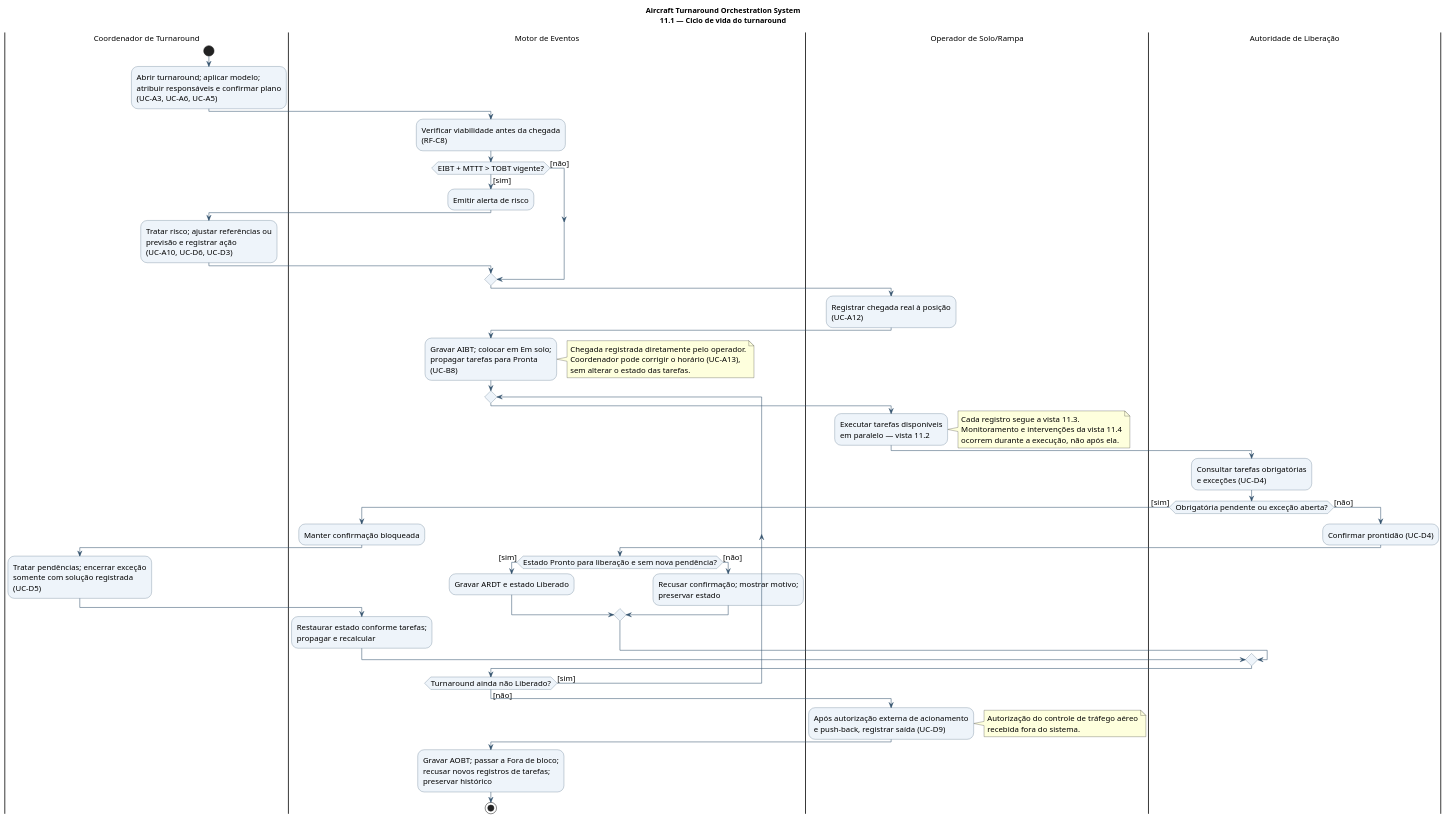
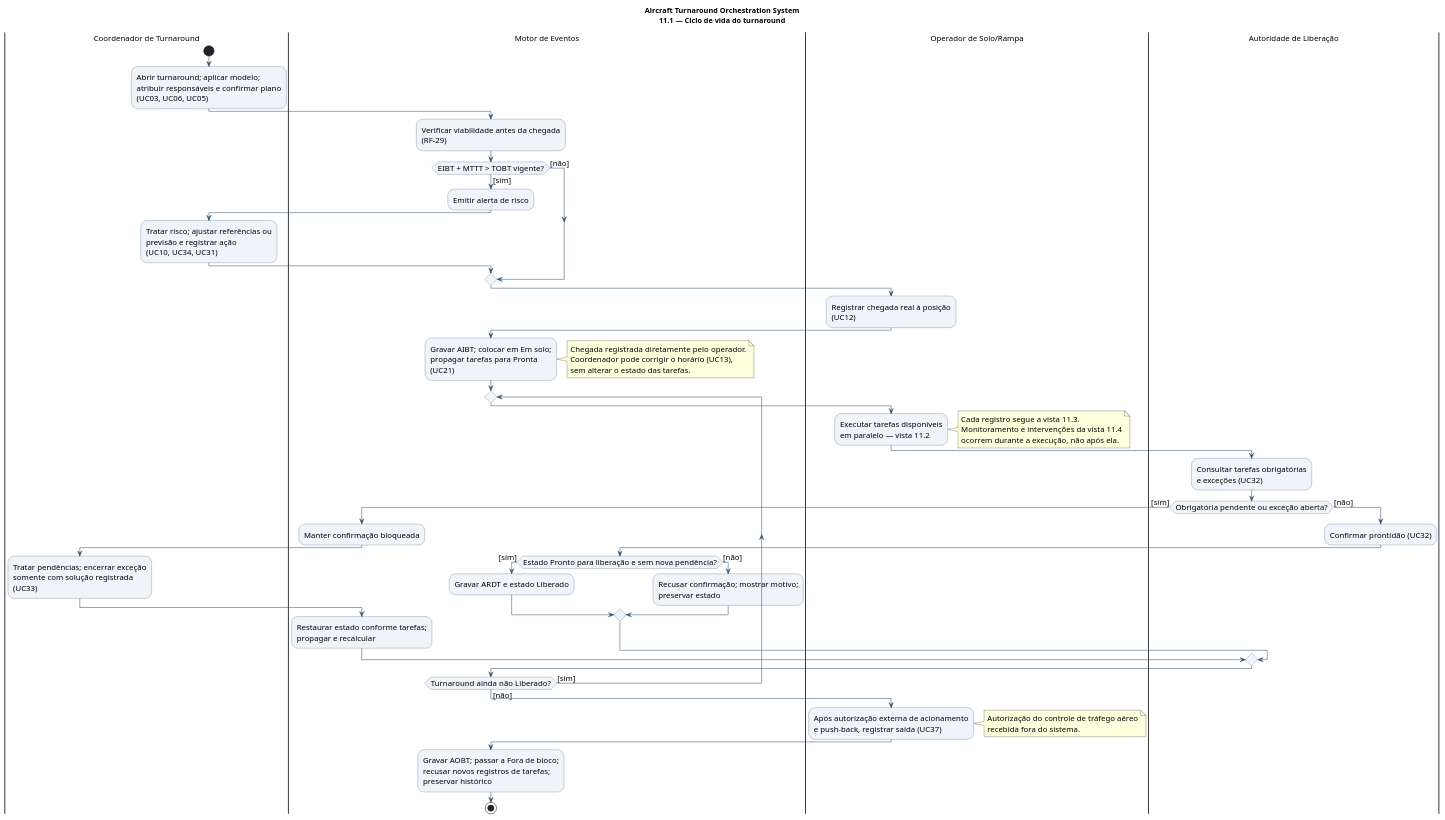
The diagram in especificacao/diagramas/11-atividades.puml (Aircraft-Turnaround-Operations-Manager/aircraft-turnaround-docs), drawn with PlantUML before and after one commit. The commit also changed 49 other files, not shown here.

```diff
--- a/especificacao/diagramas/11-atividades.puml
+++ b/especificacao/diagramas/11-atividades.puml
@@ -1,68 +1,68 @@
 @startuml
 !pragma useVerticalIf on
 title Aircraft Turnaround Orchestration System\n11.1 — Ciclo de vida do turnaround
 skinparam backgroundColor white
 skinparam defaultFontName SansSerif
 skinparam defaultFontSize 15
 skinparam shadowing false
 skinparam activityBackgroundColor #EEF4FA
 skinparam activityBorderColor #34536E
 skinparam ArrowColor #34536E
 |Coordenador de Turnaround|
 start
-:Abrir turnaround; aplicar modelo;\natribuir responsáveis e confirmar plano\n(UC-A3, UC-A6, UC-A5);
+:Abrir turnaround; aplicar modelo;\natribuir responsáveis e confirmar plano\n(UC03, UC06, UC05);
 |Motor de Eventos|
-:Verificar viabilidade antes da chegada\n(RF-C8);
+:Verificar viabilidade antes da chegada\n(RF-29);
 if (EIBT + MTTT > TOBT vigente?) then ([sim])
   :Emitir alerta de risco;
   |Coordenador de Turnaround|
-  :Tratar risco; ajustar referências ou\nprevisão e registrar ação\n(UC-A10, UC-D6, UC-D3);
+  :Tratar risco; ajustar referências ou\nprevisão e registrar ação\n(UC10, UC34, UC31);
 else ([não])
 endif
 |Operador de Solo/Rampa|
-:Registrar chegada real à posição\n(UC-A12);
+:Registrar chegada real à posição\n(UC12);
 |Motor de Eventos|
-:Gravar AIBT; colocar em Em solo;\npropagar tarefas para Pronta\n(UC-B8);
+:Gravar AIBT; colocar em Em solo;\npropagar tarefas para Pronta\n(UC21);
 note right
   Chegada registrada diretamente pelo operador.
-  Coordenador pode corrigir o horário (UC-A13),
+  Coordenador pode corrigir o horário (UC13),
   sem alterar o estado das tarefas.
 end note
 repeat
   |Operador de Solo/Rampa|
   :Executar tarefas disponíveis\nem paralelo — vista 11.2;
   note right
     Cada registro segue a vista 11.3.
     Monitoramento e intervenções da vista 11.4
     ocorrem durante a execução, não após ela.
   end note
   |Autoridade de Liberação|
-  :Consultar tarefas obrigatórias\ne exceções (UC-D4);
+  :Consultar tarefas obrigatórias\ne exceções (UC32);
   if (Obrigatória pendente ou exceção aberta?) then ([sim])
     |Motor de Eventos|
     :Manter confirmação bloqueada;
     |Coordenador de Turnaround|
-    :Tratar pendências; encerrar exceção\nsomente com solução registrada\n(UC-D5);
+    :Tratar pendências; encerrar exceção\nsomente com solução registrada\n(UC33);
     |Motor de Eventos|
     :Restaurar estado conforme tarefas;\npropagar e recalcular;
   else ([não])
     |Autoridade de Liberação|
-    :Confirmar prontidão (UC-D4);
+    :Confirmar prontidão (UC32);
     |Motor de Eventos|
     if (Estado Pronto para liberação e sem nova pendência?) then ([sim])
       :Gravar ARDT e estado Liberado;
     else ([não])
       :Recusar confirmação; mostrar motivo;\npreservar estado;
     endif
   endif
 repeat while (Turnaround ainda não Liberado?) is ([sim]) not ([não])
 |Operador de Solo/Rampa|
-:Após autorização externa de acionamento\ne push-back, registrar saída (UC-D9);
+:Após autorização externa de acionamento\ne push-back, registrar saída (UC37);
 note right
   Autorização do controle de tráfego aéreo
   recebida fora do sistema.
 end note
 |Motor de Eventos|
 :Gravar AOBT; passar a Fora de bloco;\nrecusar novos registros de tarefas;\npreservar histórico;
 stop
 @enduml
```
